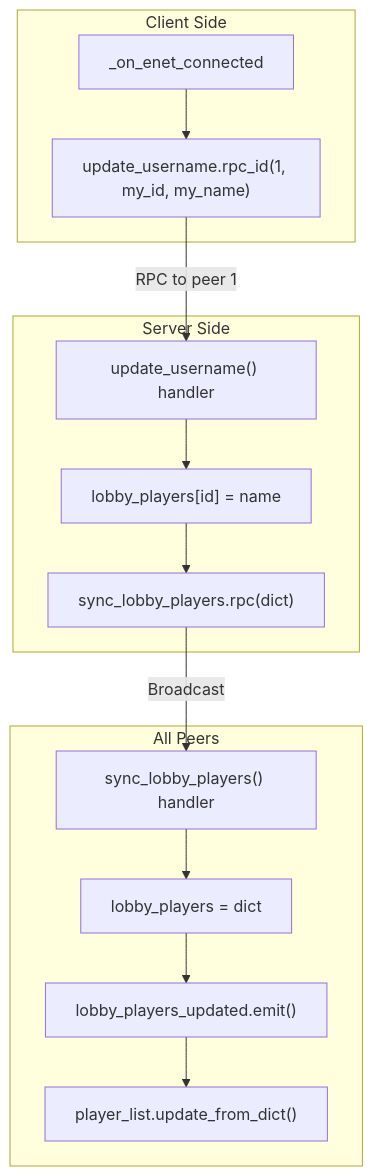
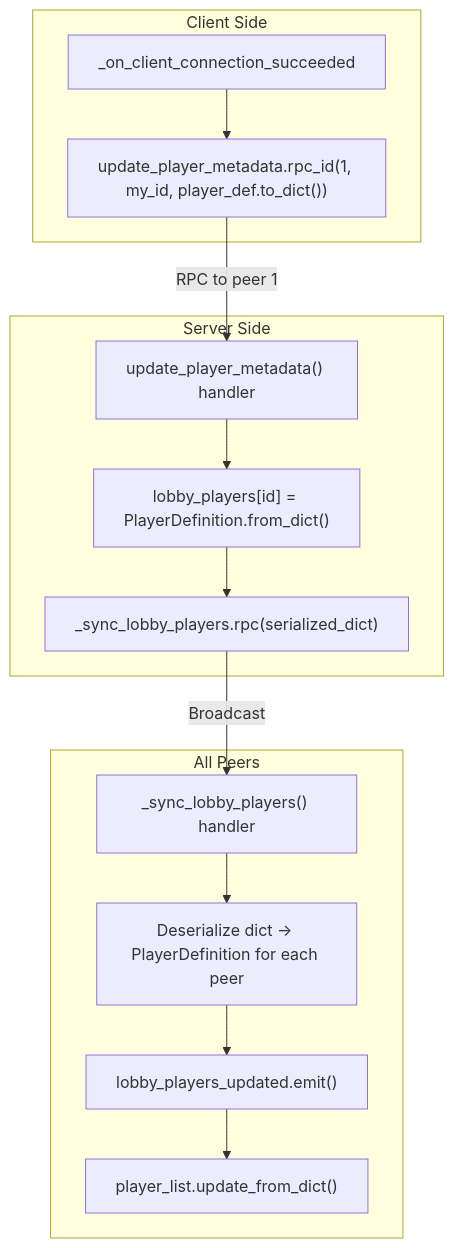
Before and after one commit to ssebs/DankNooner: the seventh of 13 diagrams in v2/planning_docs/LobbyGameFlowMP.md, drawn with Mermaid. The commit also changed other lines of this file and 7 other files, not shown here.

````diff
--- a/v2/planning_docs/LobbyGameFlowMP.md
+++ b/v2/planning_docs/LobbyGameFlowMP.md
@@ -212,26 +212,26 @@
 ```mermaid
 flowchart TB
     subgraph Client["Client Side"]
-        C1[_on_enet_connected]
-        C2["update_username.rpc_id(1, my_id, my_name)"]
+        C1[_on_client_connection_succeeded]
+        C2["update_player_metadata.rpc_id(1, my_id, player_def.to_dict())"]
         C1 --> C2
     end
 
     subgraph Server["Server Side"]
-        S1["update_username() handler"]
-        S2["lobby_players[id] = name"]
-        S3["sync_lobby_players.rpc(dict)"]
+        S1["update_player_metadata() handler"]
+        S2["lobby_players[id] = PlayerDefinition.from_dict()"]
+        S3["_sync_lobby_players.rpc(serialized_dict)"]
         S1 --> S2 --> S3
     end
 
     subgraph All["All Peers"]
-        A1["sync_lobby_players() handler"]
-        A2["lobby_players = dict"]
+        A1["_sync_lobby_players() handler"]
+        A2["Deserialize dict → PlayerDefinition for each peer"]
         A3["lobby_players_updated.emit()"]
         A4["player_list.update_from_dict()"]
         A1 --> A2 --> A3 --> A4
     end
 
     C2 -->|"RPC to peer 1"| S1
     S3 -->|"Broadcast"| A1
 ```
````
